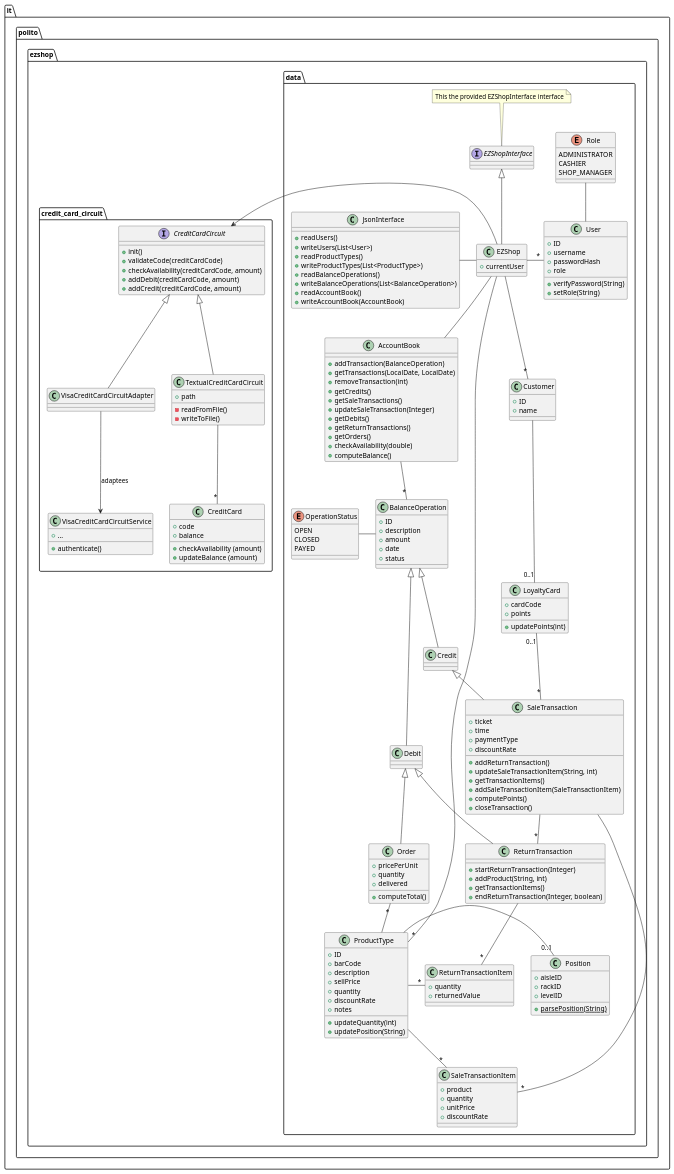
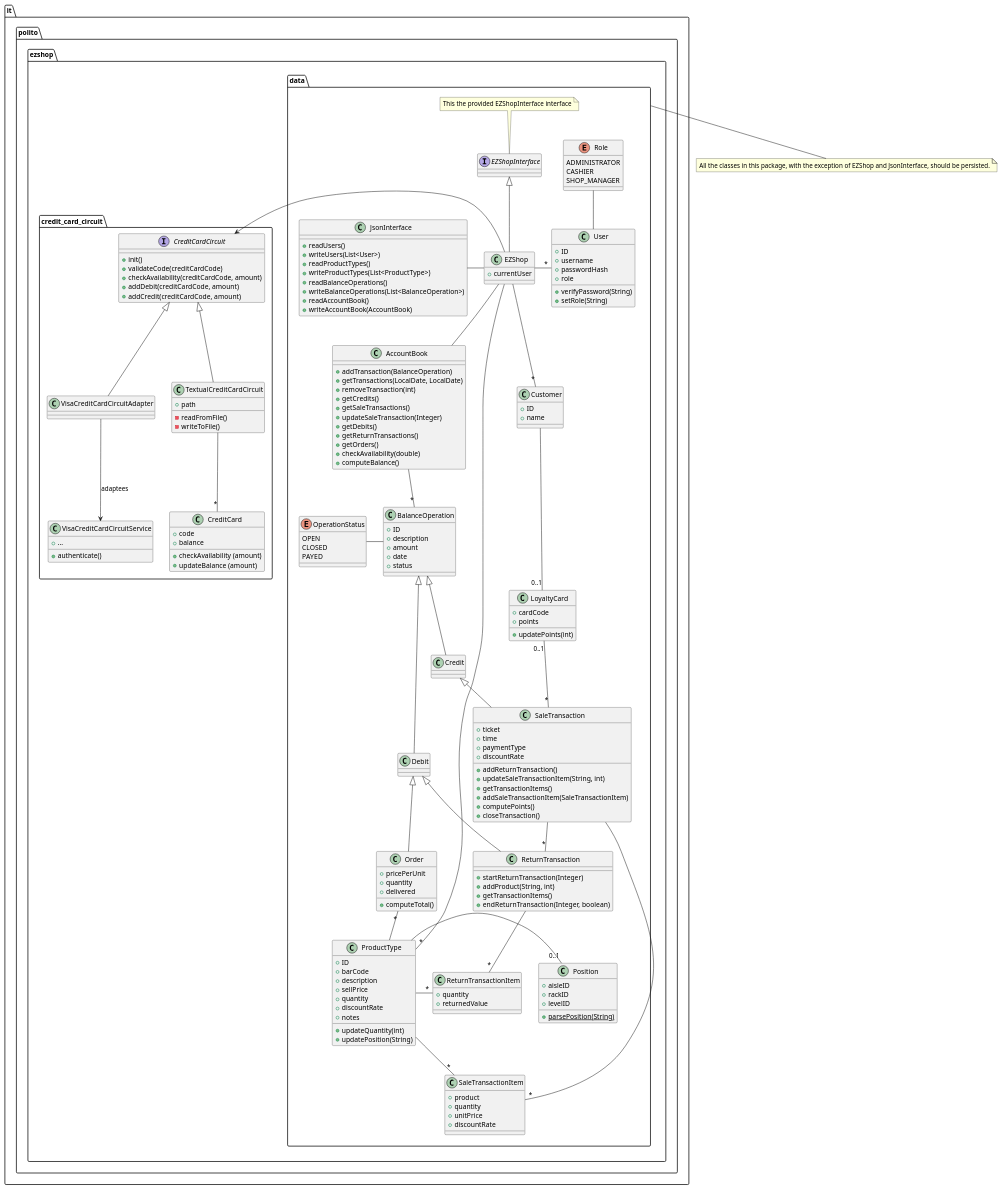
The third of 13 diagrams in Deliverables/DesignDocument.md (polito-se2-21-r03/se1-ezshop), drawn with PlantUML before and after one commit. The commit also changed other lines of this file, not shown here.

Commit message:
Add a note on persistence

```diff
--- a/Deliverables/DesignDocument.md
+++ b/Deliverables/DesignDocument.md
@@ -288,6 +288,10 @@
 ReturnTransaction -up-|> Debit
 }
 
+note "All the classes in this package, with the exception of EZShop and JsonInterface, should be persisted." as note_persistence
+
+it.polito.ezshop.data -down- note_persistence
+
 package it.polito.ezshop.credit_card_circuit {
     interface CreditCardCircuit {
         + init()
```
